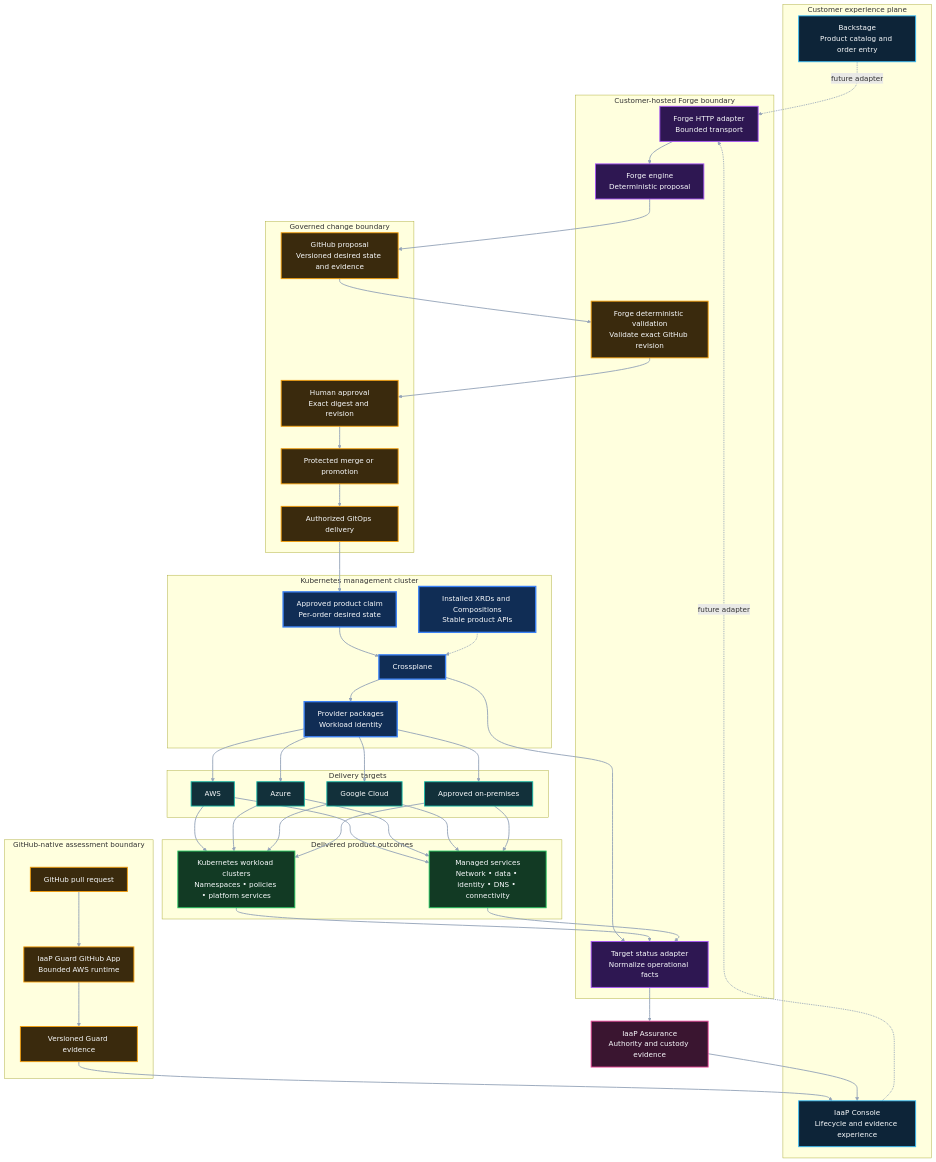
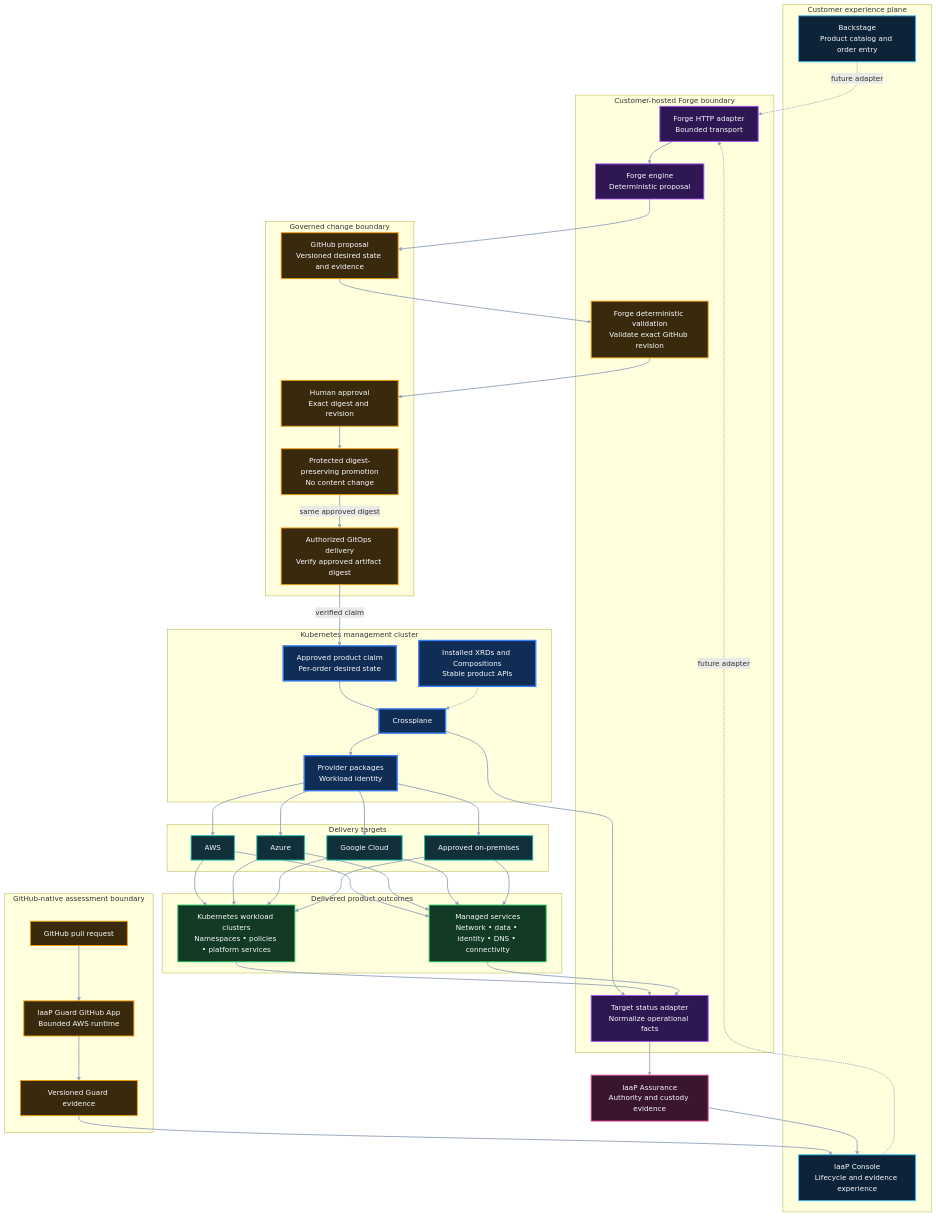
One commit to InfrastructureProductWorks/ai-powered-infrastructure-as-a-product changed the second of 5 diagrams in docs/PRODUCT-ARCHITECTURE.md. Above: the diagram before and after it, drawn with Mermaid. The commit also changed other lines of this file, not shown here.

Commit message:
docs: preserve approved digest through GitOps delivery

```diff
--- a/docs/PRODUCT-ARCHITECTURE.md
+++ b/docs/PRODUCT-ARCHITECTURE.md
@@ -84,8 +86,8 @@
   subgraph GOV["Governed change boundary"]
     GH["GitHub proposal<br/>Versioned desired state and evidence"]
     HA["Human approval<br/>Exact digest and revision"]
-    PM["Protected merge or promotion"]
-    GC["Authorized GitOps delivery"]
+    PM["Protected digest-preserving promotion<br/>No content change"]
+    GC["Authorized GitOps delivery<br/>Verify approved artifact digest"]
   end
 
   subgraph MGMT["Kubernetes management cluster"]
@@ -119,8 +121,8 @@
   GH --> FV
   FV --> HA
   HA --> PM
-  PM --> GC
-  GC --> CLAIM
+  PM -- same approved digest --> GC
+  GC -- verified claim --> CLAIM
   CLAIM --> XP
   PKG -.-> XP
   XP --> PRV
```
